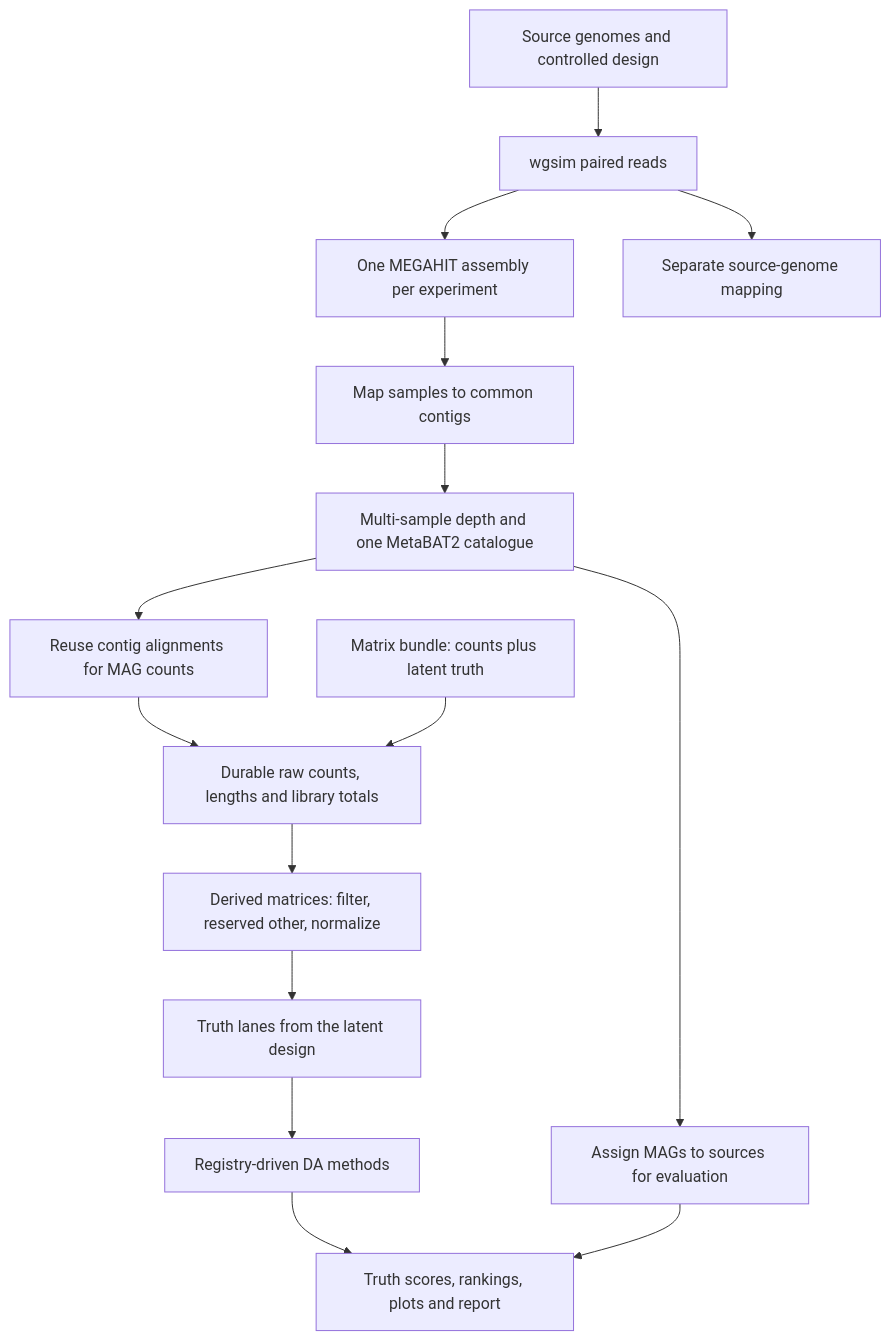
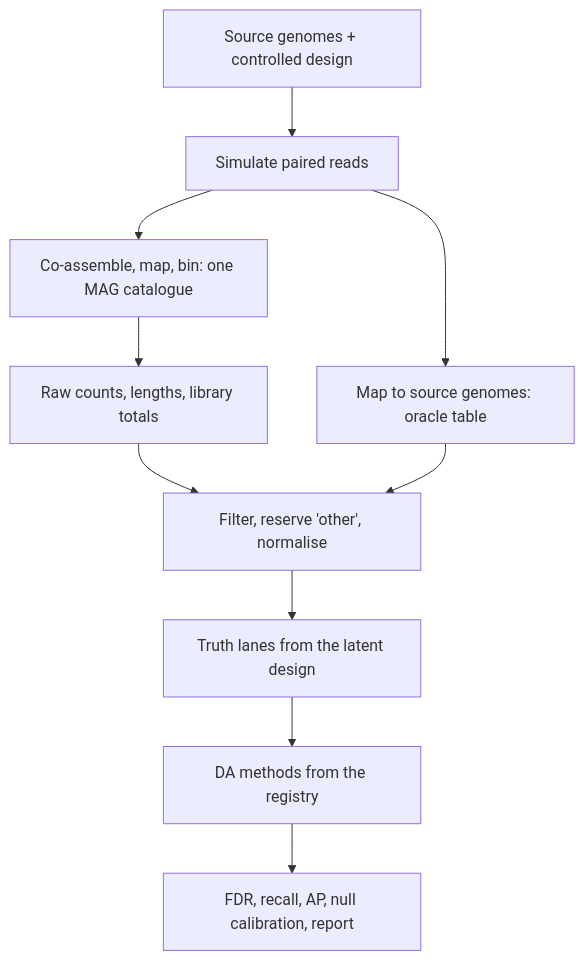
One commit to mobashirrahman/magician-da-benchmark changed the diagram in README.md. Above: the diagram before and after it, drawn with Mermaid. The commit also changed other lines of this file, not shown here.

````diff
--- a/README.md
+++ b/README.md
@@ -15,17 +11,12 @@
 ```mermaid
 flowchart TD
-    A[Source genomes and controlled design] --> B[wgsim paired reads]
-    B --> C[One MEGAHIT assembly per experiment]
-    C --> D[Map samples to common contigs]
-    D --> E[Multi-sample depth and one MetaBAT2 catalogue]
-    E --> F[Reuse contig alignments for MAG counts]
-    B --> G[Separate source-genome mapping]
-    E --> H[Assign MAGs to sources for evaluation]
-    F --> I[Durable raw counts, lengths and library totals]
-    I --> J[Derived matrices: filter, reserved other, normalize]
-    J --> K[Truth lanes from the latent design]
-    K --> L[Registry-driven DA methods]
-    L --> M[Truth scores, rankings, plots and report]
-    H --> M
-    N[Matrix bundle: counts plus latent truth] --> I
+    A[Source genomes + controlled design] --> B[Simulate paired reads]
+    B --> C[Co-assemble, map, bin: one MAG catalogue]
+    C --> D[Raw counts, lengths, library totals]
+    B --> E[Map to source genomes: oracle table]
+    D --> F[Filter, reserve 'other', normalise]
+    E --> F
+    F --> G[Truth lanes from the latent design]
+    G --> H[DA methods from the registry]
+    H --> I[FDR, recall, AP, null calibration, report]
 ```
````
